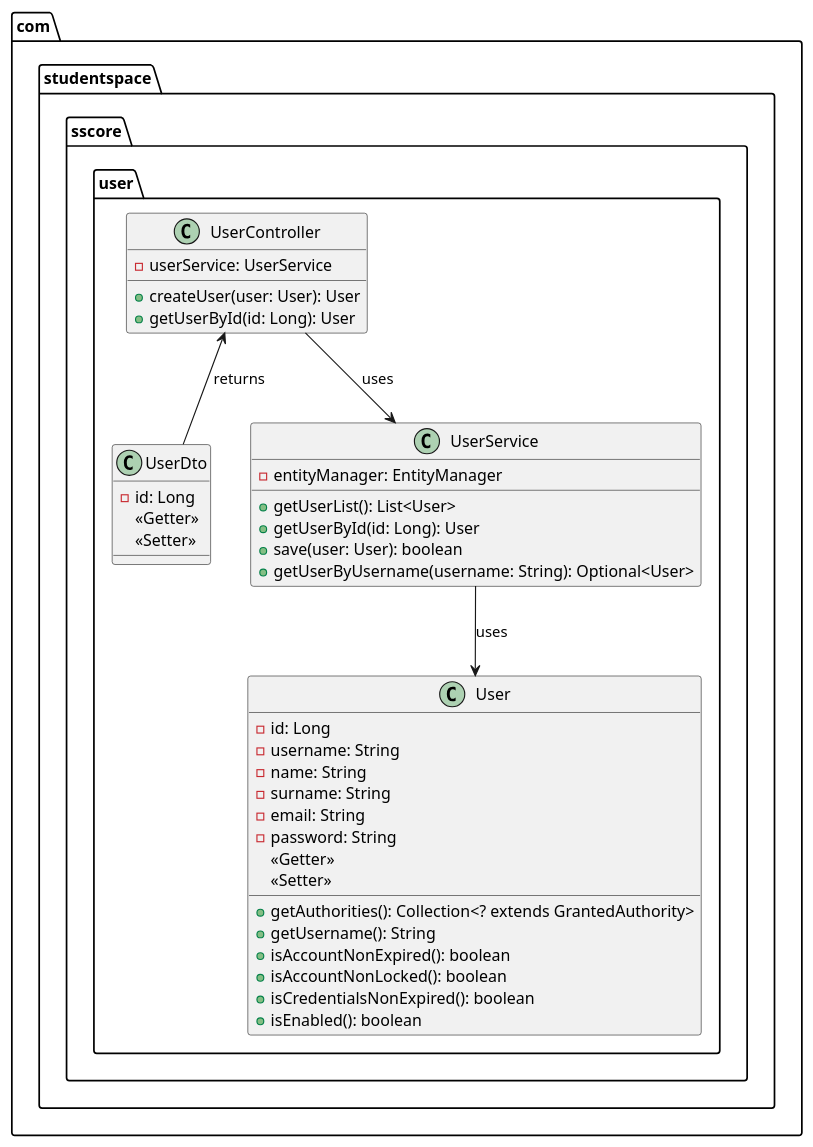
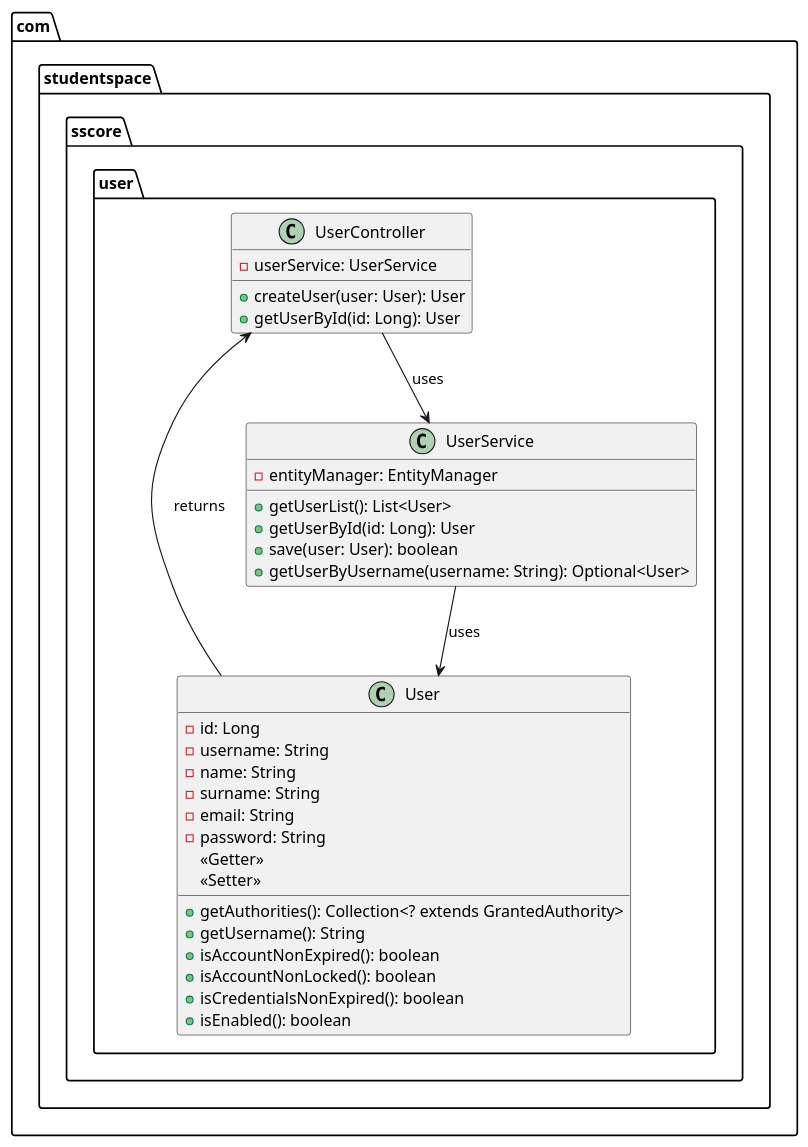
Before and after one commit to marcoslafoz/sscore: the diagram in src/main/java/com/studentspace/sscore/user/User.puml, drawn with PlantUML. The commit also changed 1 other file, not shown here.

Commit message:
refactor: :heavy_minus_sign: UserDto removed

```diff
--- a/src/main/java/com/studentspace/sscore/user/User.puml
+++ b/src/main/java/com/studentspace/sscore/user/User.puml
@@ -1,45 +1,39 @@
 @startuml
 
 package "com.studentspace.sscore.user" {
     class User {
         - id: Long
         - username: String
         - name: String
         - surname: String
         - email: String
         - password: String
         <<Getter>>
         <<Setter>>
         + getAuthorities(): Collection<? extends GrantedAuthority>
         + getUsername(): String
         + isAccountNonExpired(): boolean
         + isAccountNonLocked(): boolean
         + isCredentialsNonExpired(): boolean
         + isEnabled(): boolean
     }
 
-    class UserDto {
-        - id: Long
-        <<Getter>>
-        <<Setter>>
-    }
-
     class UserController {
         - userService: UserService
         + createUser(user: User): User
         + getUserById(id: Long): User
     }
 
     class UserService {
         - entityManager: EntityManager
         + getUserList(): List<User>
         + getUserById(id: Long): User
         + save(user: User): boolean
         + getUserByUsername(username: String): Optional<User>
     }
 }
 
 UserController --> UserService : uses
 UserService --> User : uses
-UserController <-- UserDto : returns
+UserController <-- User : returns
 @enduml
```
